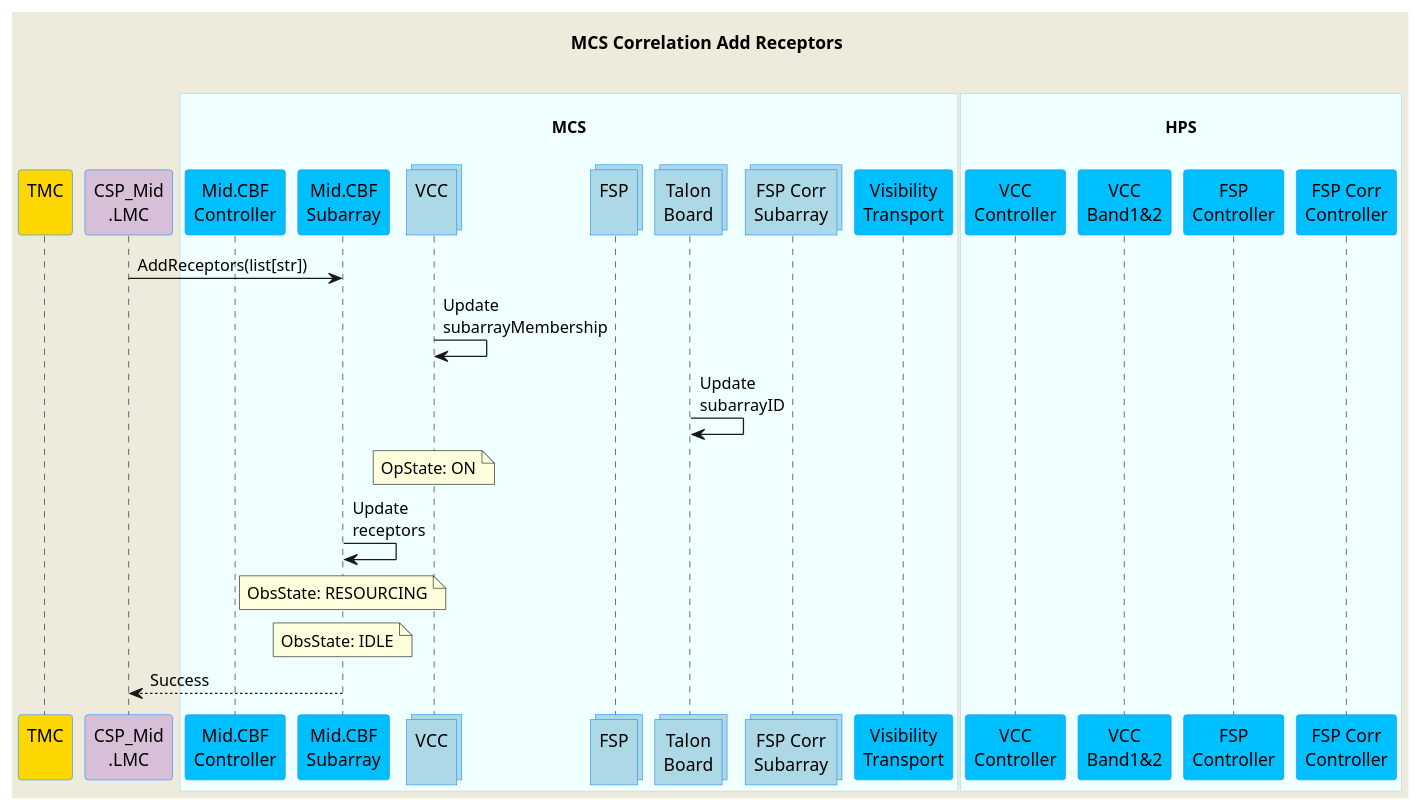
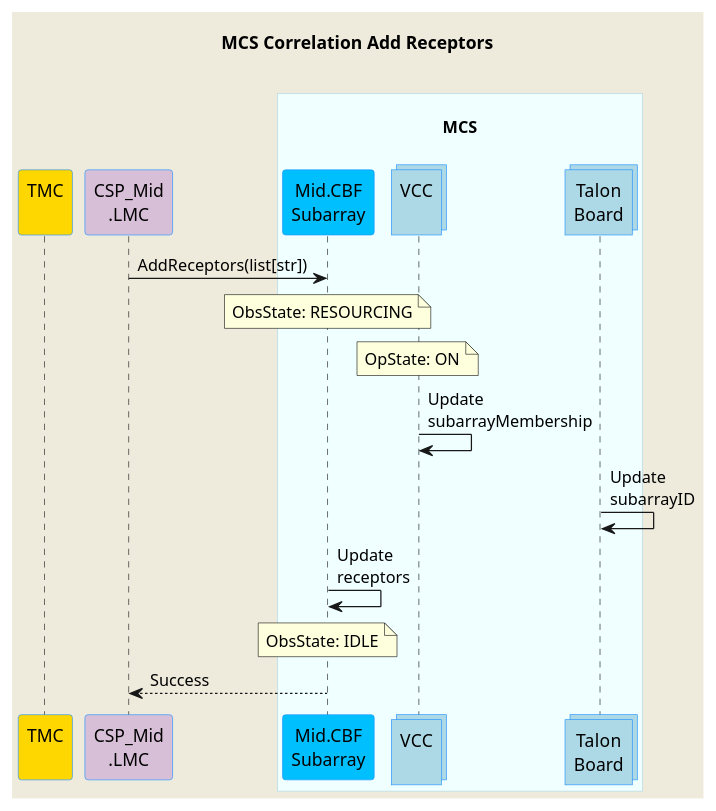
One commit to ska-telescope/mid-cbf-mcs changed the diagram in docs/src/diagrams/add-receptors.puml. Above: the diagram before and after it, drawn with PlantUML. The commit also changed 1 other file, not shown here.

Commit message:
CIP-2424 Finished AddReceptors diagram, caught redundant state callback in slim

```diff
--- a/docs/src/diagrams/add-receptors.puml
+++ b/docs/src/diagrams/add-receptors.puml
@@ -1,51 +1,40 @@
 @startuml
 'https://plantuml.com/sequence-diagram
 
 skinparam backgroundColor #EEEBDC
 skinparam sequence {
     ParticipantBorderColor DodgerBlue
     ParticipantBackgroundColor DeepSkyBlue
     ActorBorderColor DarkGreen
     ActorBackgroundColor Green
     BoxBorderColor LightBlue
     BoxBackgroundColor #F0FFFF
 }
 skinparam collections {
     BackGroundColor LightBlue
     BorderColor DodgerBlue
 }
 
 title MCS Correlation Add Receptors\n
 
 participant "TMC\n" as tmc #Gold
 participant "CSP_Mid\n.LMC" as lmc #Thistle
 box "\nMCS\n"
-    participant "Mid.CBF\nController" as controller
     participant "Mid.CBF\nSubarray" as subarray
     collections "VCC\n" as vcc
-    collections "FSP\n" as fsp
     collections "Talon\nBoard" as talon
-    collections "FSP Corr\nSubarray" as fspcorr
-    participant "Visibility\nTransport" as vis_trans
-end box
-box "\nHPS\n" 
-    participant "VCC\nController" as vcc_cont
-    participant "VCC\nBand1&2" as vcc_band
-    participant "FSP\nController" as fsp_cont
-    participant "FSP Corr\nController" as fspcorr_cont
 end box
 
 lmc         ->  subarray    : AddReceptors(list[str])
-
+note over subarray          : ObsState: RESOURCING
+note over vcc               : OpState: ON
 vcc         ->  vcc         : Update\nsubarrayMembership
 talon       ->  talon       : Update\nsubarrayID
-note over vcc               : OpState: ON
 subarray    ->  subarray    : Update\nreceptors
-note over subarray          : ObsState: RESOURCING
 
 note over subarray          : ObsState: IDLE
 
 
 lmc        <--  subarray     : Success
 
 @enduml
```
